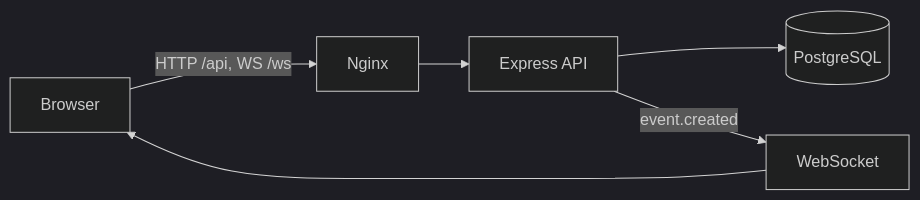
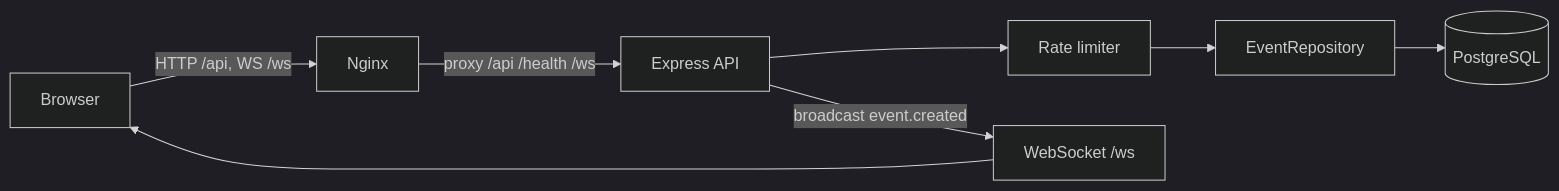
Before and after one commit to Biraj010/Assignment_Real-Time-Event-Dashboard-AP: the first of 2 diagrams in README.md, drawn with Mermaid (dark theme). The commit also changed other lines of this file, not shown here.

````diff
--- a/README.md
+++ b/README.md
@@ -38,8 +47,10 @@
 ```mermaid
 flowchart LR
   Browser -->|"HTTP /api, WS /ws"| Nginx
-  Nginx --> Api[Express API]
-  Api --> Postgres[(PostgreSQL)]
-  Api -->|"event.created"| Ws[WebSocket]
+  Nginx -->|"proxy /api /health /ws"| Api[Express API]
+  Api --> RateLimit[Rate limiter]
+  RateLimit --> Repo[EventRepository]
+  Repo --> Postgres[(PostgreSQL)]
+  Api -->|"broadcast event.created"| Ws[WebSocket /ws]
   Ws --> Browser
 ```
````
